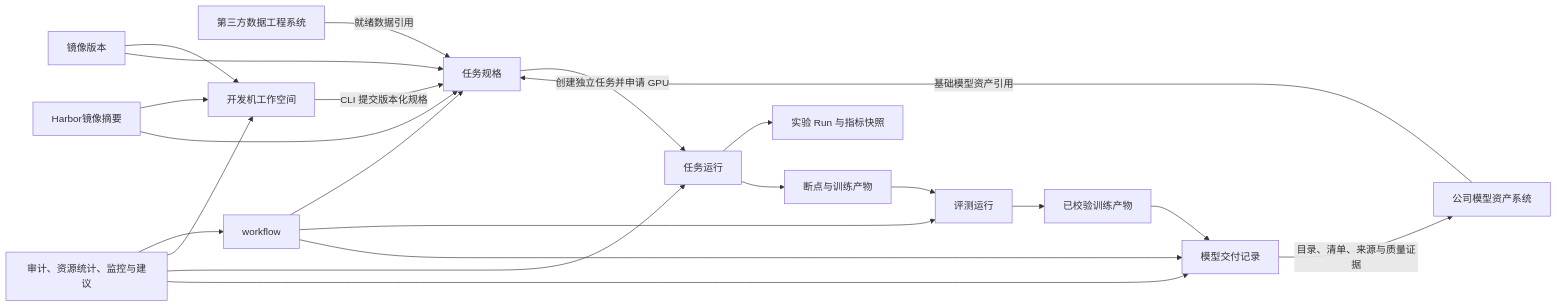
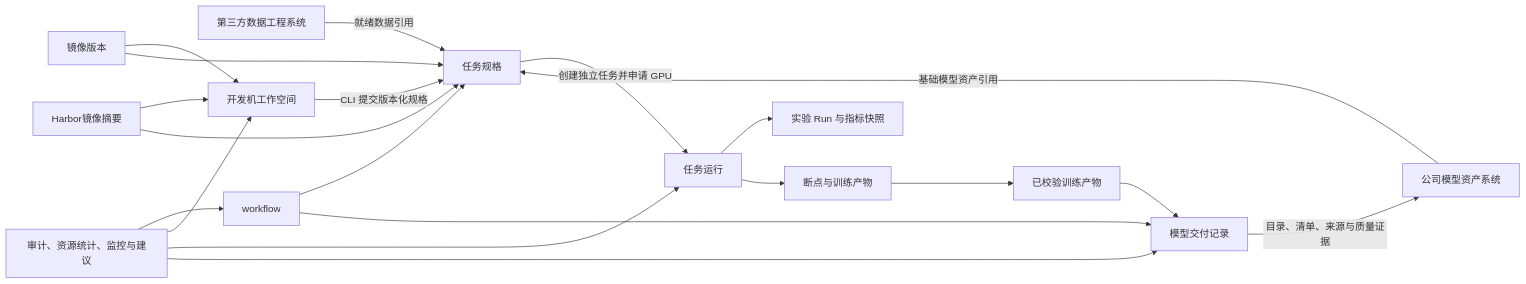
One commit to gqcn/ltp changed the third of 3 diagrams in docs/平台规划/0-大模型训练平台规划.md. Above: the diagram before and after it, drawn with Mermaid. The commit also changed other lines of this file and 9 other files, not shown here.

````diff
--- a/docs/平台规划/0-大模型训练平台规划.md
+++ b/docs/平台规划/0-大模型训练平台规划.md
@@ -83,24 +83,22 @@
 ```mermaid
 flowchart LR
     dataSystem["第三方数据工程系统"] -->|"就绪数据引用"| spec["任务规格"]
     asset["公司模型资产系统"] -->|"基础模型资产引用"| spec
     image["镜像版本"] --> workspace["开发机工作空间"]
     image --> spec
     remoteImage["Harbor镜像摘要"] --> workspace
     remoteImage --> spec
     workspace -->|"CLI 提交版本化规格"| spec
     spec -->|"创建独立任务并申请 GPU"| run["任务运行"]
     run --> experiment["实验 Run 与指标快照"]
     run --> ckpt["断点与训练产物"]
-    ckpt --> eval["评测运行"]
-    eval --> artifact["已校验训练产物"]
+    ckpt --> artifact["已校验训练产物"]
     artifact --> delivery["模型交付记录"]
     delivery -->|"目录、清单、来源与质量证据"| asset
     workflow --> spec
-    workflow --> eval
     workflow --> delivery
     governance["审计、资源统计、监控与建议"] --> workflow
     governance --> workspace
     governance --> run
     governance --> delivery
 ```
````
